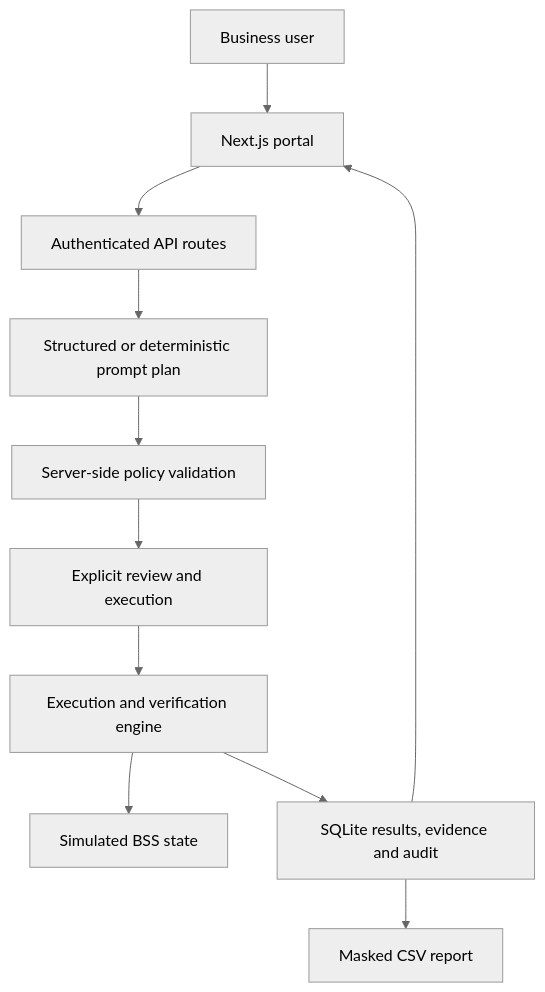
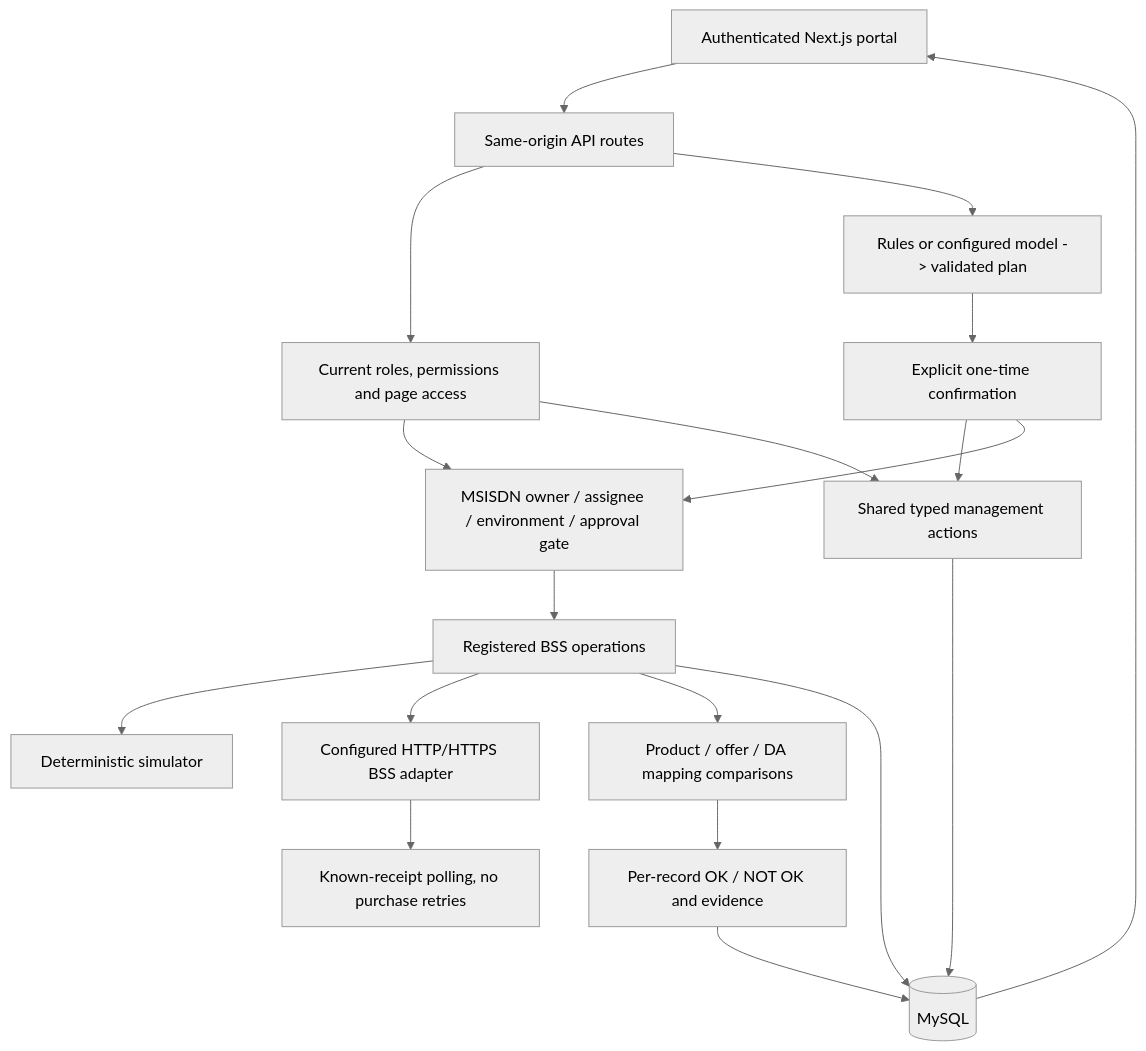
The diagram in docs/architecture.md (iambaki/baki_repo), drawn with Mermaid (neutral theme) before and after one commit. The commit also changed other lines of this file and 36 other files, not shown here.

Commit message:
Add configurable MySQL BSS portal and shared subscriber governance

````diff
--- a/docs/architecture.md
+++ b/docs/architecture.md
@@ -5,13 +3,21 @@
 ```mermaid
 flowchart TD
-  U[Business user] --> W[Next.js portal]
-  W --> A[Authenticated API routes]
-  A --> P[Structured or deterministic prompt plan]
-  P --> V[Server-side policy validation]
-  V --> R[Explicit review and execution]
-  R --> E[Execution and verification engine]
-  E --> S[Simulated BSS state]
-  E --> D[SQLite results, evidence and audit]
-  D --> W
-  D --> C[Masked CSV report]
+  UI[Authenticated Next.js portal] --> API[Same-origin API routes]
+  API --> AUTH[Current roles, permissions and page access]
+  AUTH --> REG[MSISDN owner / assignee / environment / approval gate]
+  REG --> BSS[Registered BSS operations]
+  BSS --> SIM[Deterministic simulator]
+  BSS --> LIVE[Configured HTTP/HTTPS BSS adapter]
+  LIVE --> POLL[Known-receipt polling, no purchase retries]
+  AUTH --> ADMIN[Shared typed management actions]
+  API --> AI[Rules or configured model -> validated plan]
+  AI --> CONFIRM[Explicit one-time confirmation]
+  CONFIRM --> ADMIN
+  CONFIRM --> REG
+  BSS --> VERIFY[Product / offer / DA mapping comparisons]
+  VERIFY --> REPORT[Per-record OK / NOT OK and evidence]
+  ADMIN --> DB[(MySQL)]
+  REPORT --> DB
+  BSS --> DB
+  DB --> UI
 ```
````
